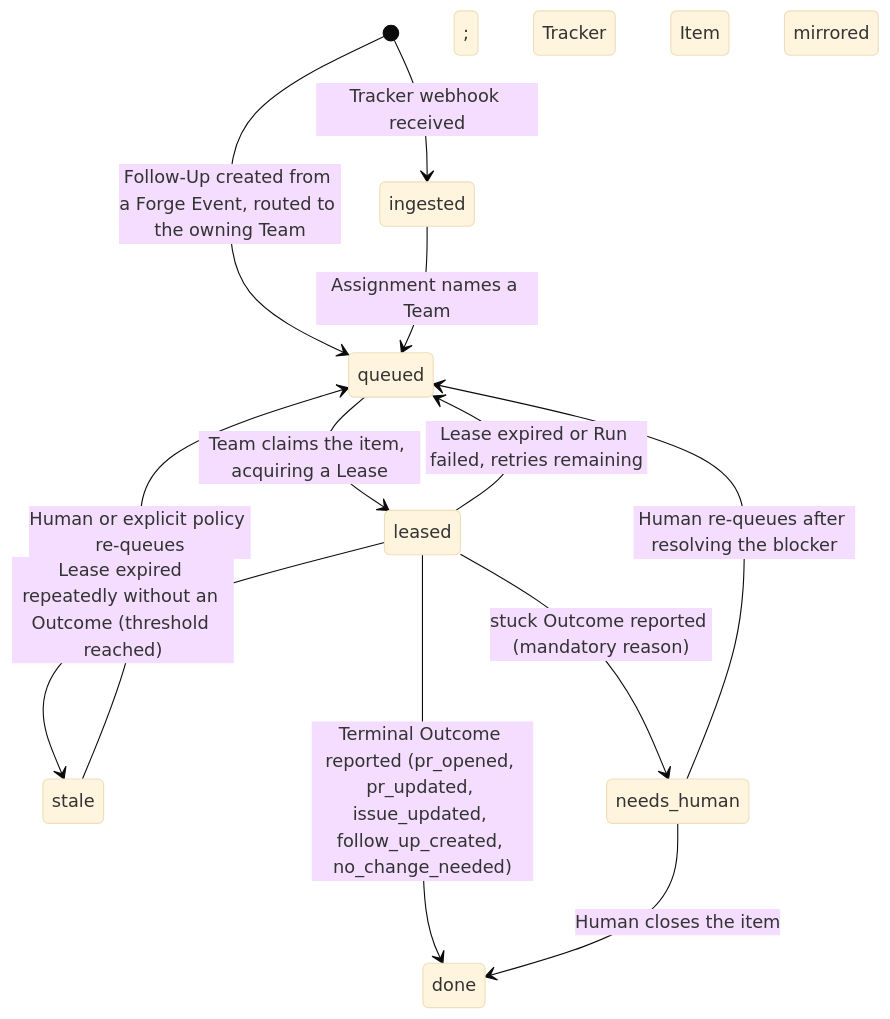
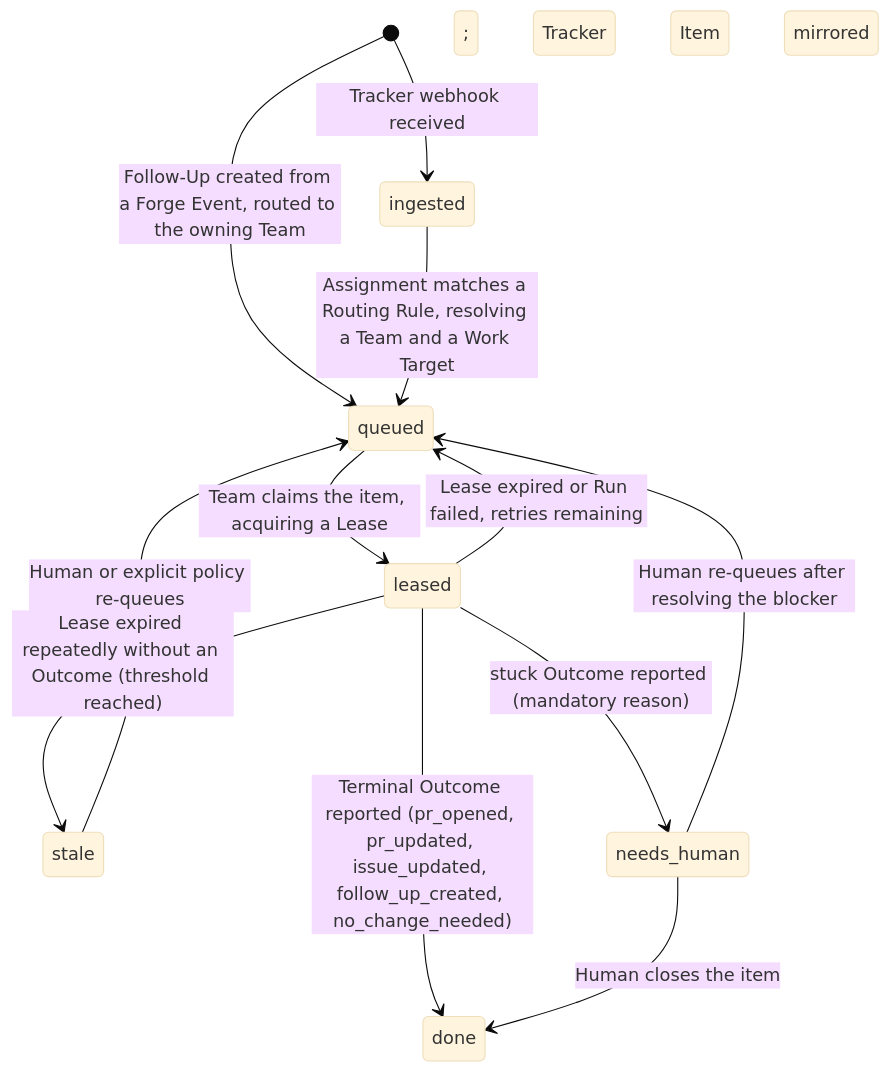
Before and after one commit to webgrip/ploeg: the diagram in docs/domain/entities.md, drawn with Mermaid (base theme). The commit also changed other lines of this file and 6 other files, not shown here.

First line of the commit message:
docs(domain): model the Work Target, Forge, Scope and Routing Rule axes

````diff
--- a/docs/domain/entities.md
+++ b/docs/domain/entities.md
@@ -28,14 +32,14 @@
 ```mermaid
 stateDiagram-v2
     [*] --> ingested : Tracker webhook received; Tracker Item mirrored
     [*] --> queued : Follow-Up created from a Forge Event, routed to the owning Team
-    ingested --> queued : Assignment names a Team
+    ingested --> queued : Assignment matches a Routing Rule, resolving a Team and a Work Target
     queued --> leased : Team claims the item, acquiring a Lease
     leased --> queued : Lease expired or Run failed, retries remaining
     leased --> stale : Lease expired repeatedly without an Outcome (threshold reached)
     leased --> needs_human : stuck Outcome reported (mandatory reason)
     leased --> done : Terminal Outcome reported (pr_opened, pr_updated, issue_updated, follow_up_created, no_change_needed)
     needs_human --> queued : Human re-queues after resolving the blocker
     needs_human --> done : Human closes the item
     stale --> queued : Human or explicit policy re-queues
 ```
````
